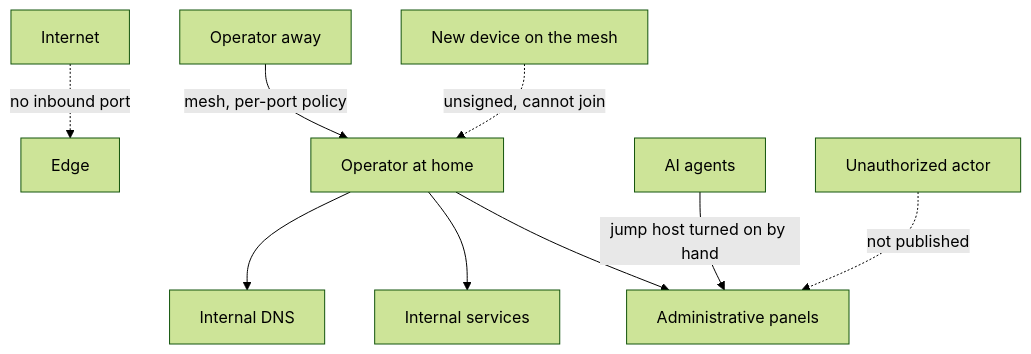
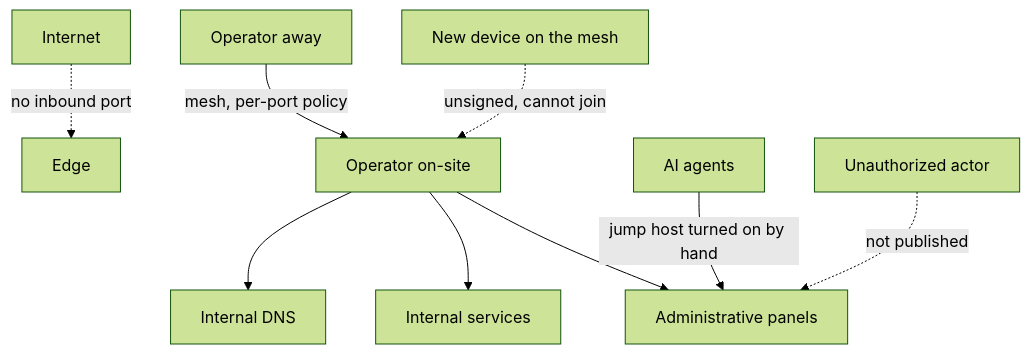
One commit to Nicolasperaltait/homelab changed the diagram in docs/en/03-security-and-access.md. Above: the diagram before and after it, drawn with Mermaid (forest theme). The commit also changed other lines of this file and 32 other files, not shown here.

````diff
--- a/docs/en/03-security-and-access.md
+++ b/docs/en/03-security-and-access.md
@@ -168,11 +168,11 @@
 ```mermaid
 flowchart TD
     A[Internet] -.->|no inbound port| B[Edge]
-    C[Operator at home] --> D[Internal DNS]
+    C[Operator on-site] --> D[Internal DNS]
     C --> E[Internal services]
     C --> F[Administrative panels]
     M[Operator away] -->|mesh, per-port policy| C
     J[AI agents] -->|jump host turned on by hand| F
     H[Unauthorized actor] -.->|not published| F
     N[New device on the mesh] -.->|unsigned, cannot join| C
 ```
````
